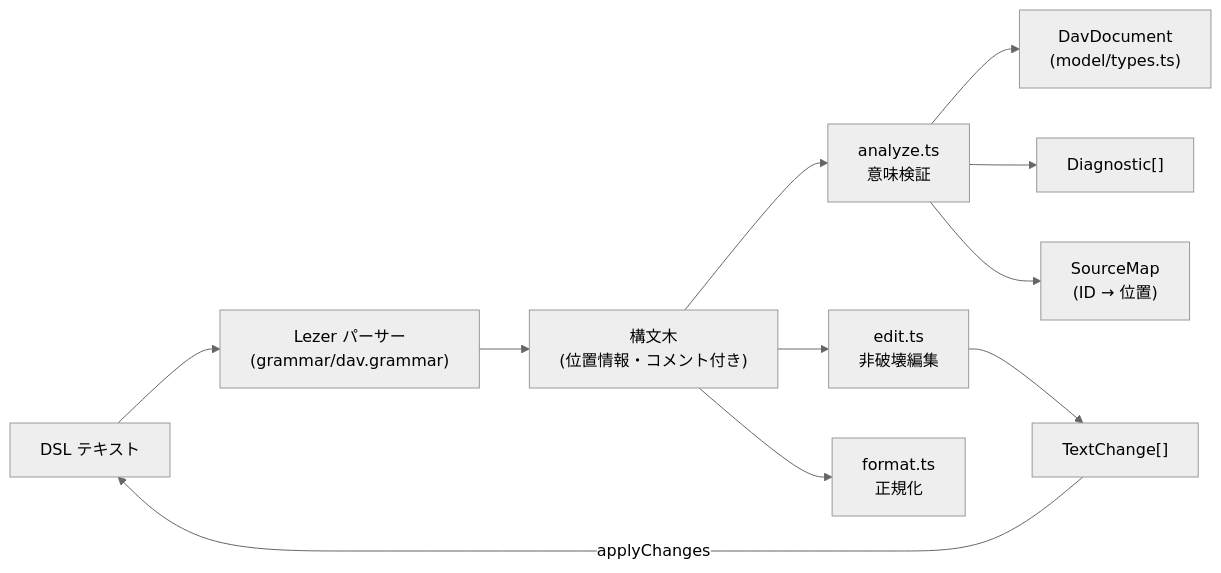
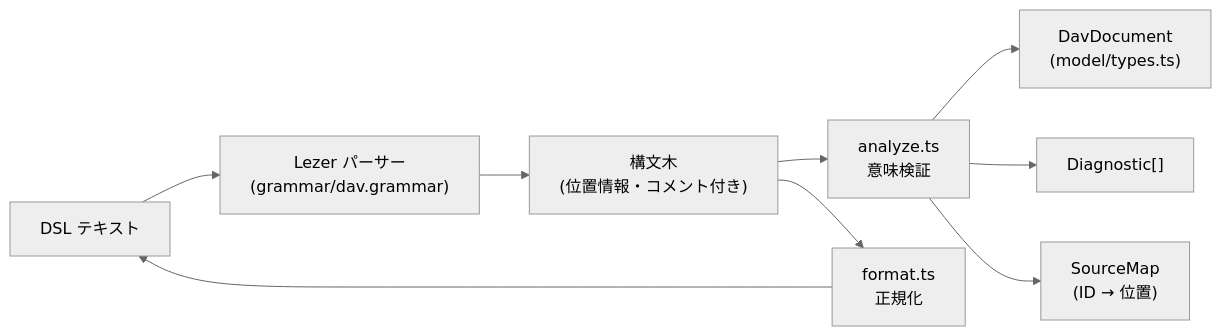
The diagram in docs/02-architecture/dsl-core.md (Osg-Junue/DynamicArchitectViewer), drawn with Mermaid (neutral theme) before and after one commit. The commit also changed other lines of this file and 53 other files, not shown here.

````diff
--- a/docs/02-architecture/dsl-core.md
+++ b/docs/02-architecture/dsl-core.md
@@ -9,13 +9,11 @@
 ```mermaid
 flowchart LR
   Text["DSL テキスト"] --> Lezer["Lezer パーサー\n(grammar/dav.grammar)"]
   Lezer --> Tree["構文木\n(位置情報・コメント付き)"]
   Tree --> Analyze["analyze.ts\n意味検証"]
   Analyze --> Doc["DavDocument\n(model/types.ts)"]
   Analyze --> Diag["Diagnostic[]"]
   Analyze --> SM["SourceMap\n(ID → 位置)"]
-  Tree --> Edit["edit.ts\n非破壊編集"]
   Tree --> Format["format.ts\n正規化"]
-  Edit --> Changes["TextChange[]"]
-  Changes -->|"applyChanges"| Text
+  Format --> Text
 ```
````
